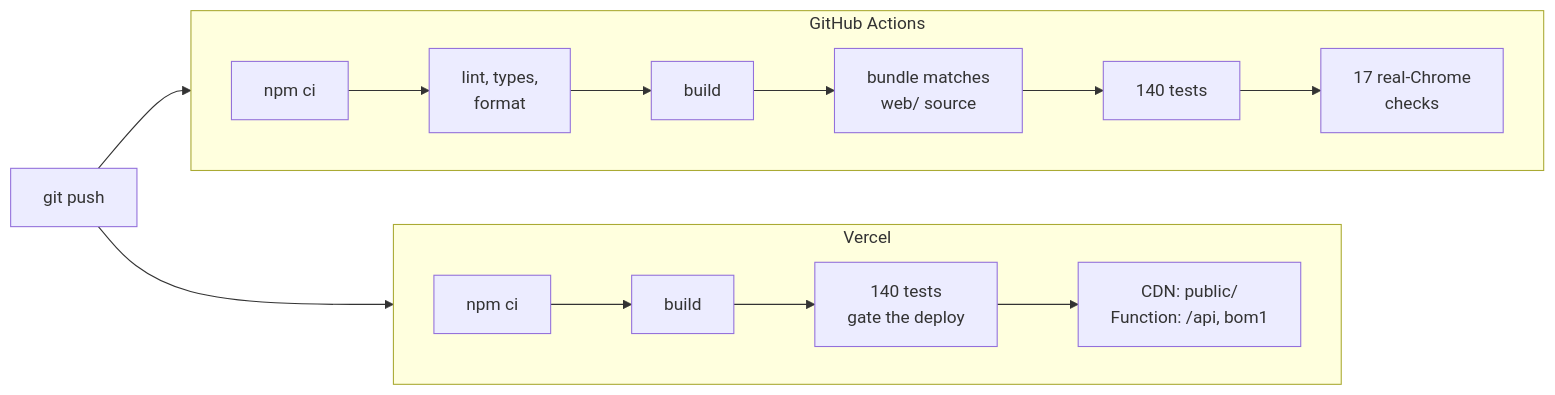
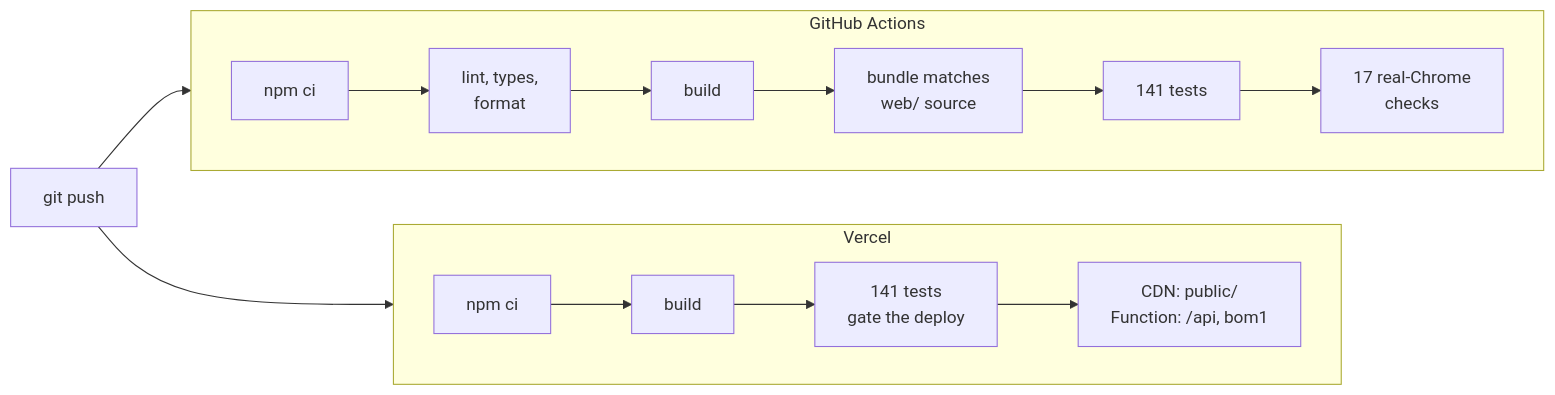
The second of 2 diagrams in README.md (sahil-mangla/ClearBreath), drawn with Mermaid before and after one commit. The commit also changed other lines of this file and 32 other files, not shown here.

Commit message:
Split the plan form and request logic, share form limits with the server, pin the rules engine with a golden test, group tests by layer, document shared types

````diff
--- a/README.md
+++ b/README.md
@@ -130,13 +131,13 @@
 ```mermaid
 flowchart LR
   P[git push] --> CI
   P --> CD
   subgraph CI [GitHub Actions]
     direction LR
-    c1[npm ci] --> c1b[lint, types,<br/>format] --> c2[build] --> c3[bundle matches<br/>web/ source] --> c4[140 tests] --> c5[17 real-Chrome<br/>checks]
+    c1[npm ci] --> c1b[lint, types,<br/>format] --> c2[build] --> c3[bundle matches<br/>web/ source] --> c4[141 tests] --> c5[17 real-Chrome<br/>checks]
   end
   subgraph CD [Vercel]
     direction LR
-    d1[npm ci] --> d2[build] --> d3[140 tests<br/>gate the deploy] --> d4[CDN: public/<br/>Function: /api, bom1]
+    d1[npm ci] --> d2[build] --> d3[141 tests<br/>gate the deploy] --> d4[CDN: public/<br/>Function: /api, bom1]
   end
 ```
````
